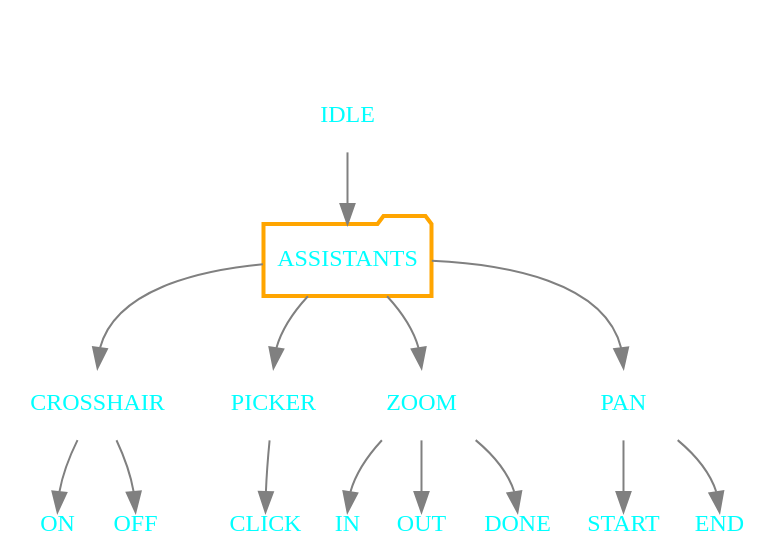
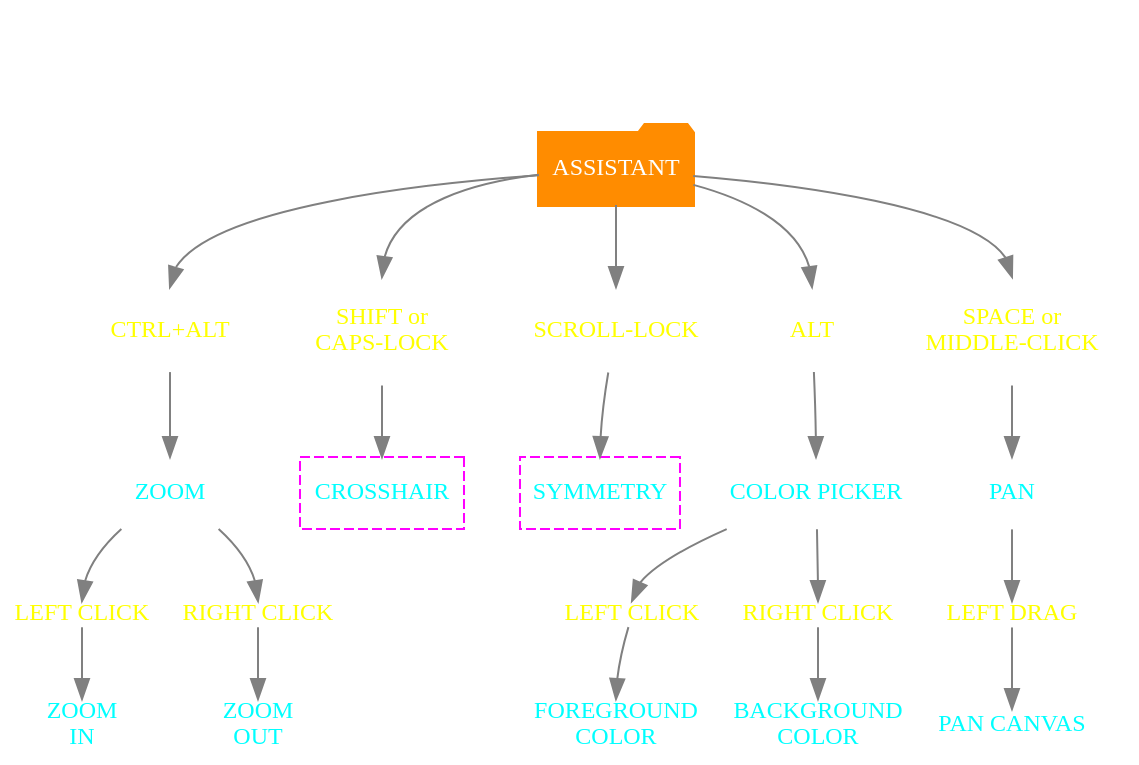
Before and after one commit to grymmjack/DRAW: the diagram in PLANS/ASSISTANTS-STATES.DOT, drawn with Graphviz. The commit also changed 1 other file, not shown here.

```diff
--- a/PLANS/ASSISTANTS-STATES.DOT
+++ b/PLANS/ASSISTANTS-STATES.DOT
@@ -1,30 +1,34 @@
-digraph G {
-    label="DRAW UI ASSISTANTS STATES" labelloc=t labeljust=c
+strict digraph G {
+    label=" \n DRAW UI ASSISTANT STATES \n " labelloc=t labeljust=c
     fontcolor=white fontsize=24.0 fontname="Fira Code Retina"
     splines=true
     bgcolor=transparent
+
+
 	edge [
 		color=gray arrowhead=none arrowtail=none
         headport=n
 
 	];
   	node [
   		color=white shape=rect
   		fontname="Fira Code Retina", fontsize=12.0, fontcolor=cyan
   	]; 
 
-    { node [shape=rect]; IDLE }
-    { node [shape=folder color=orange penwidth=2]; ASSISTANTS }
+    { node [shape=folder color=darkorange penwidth=2 fontcolor=white style=filled]; ASSISTANT }
 
     { edge [arrowhead=normal]; node [shape=rect];
-        IDLE -> ASSISTANTS;
-        ASSISTANTS -> CROSSHAIR, PICKER, ZOOM, PAN
+        ASSISTANT -> { node [shape=rect fontcolor=yellow margin=0.2 style=rounded]; "CTRL+ALT" } -> ZOOM
+        ASSISTANT -> { node [shape=box3d fontcolor=yellow margin=0.2]; "SHIFT or\nCAPS-LOCK" } -> { node [shape=rect color=magenta style=dashed]; CROSSHAIR }
+        ASSISTANT -> { node [shape=box3d fontcolor=yellow margin=0.2]; "SCROLL-LOCK" } -> { node [shape=rect color=magenta style=dashed]; SYMMETRY }
+        ASSISTANT -> { node [shape=rect fontcolor=yellow margin=0.2 style=rounded]; ALT } -> "COLOR PICKER"
+        ASSISTANT -> { node [shape=rect fontcolor=yellow margin=0.2 style=rounded]; "SPACE or\nMIDDLE-CLICK" } -> PAN
         { node [shape=plain]; 
-            CROSSHAIR -> ON, OFF
-            PICKER -> CLICK
-            ZOOM -> IN, OUT, DONE
-            PAN -> START, END
-        }
-
+            "COLOR PICKER" -> { node [fontcolor=yellow]; "LEFT CLICK" } -> "FOREGROUND\nCOLOR"
+            "COLOR PICKER" -> { node [fontcolor=yellow]; "RIGHT CLICK" } -> "BACKGROUND\nCOLOR"
+            ZOOM -> { node [fontcolor=yellow]; "LEFT CLICK " } -> "ZOOM\nIN"
+            ZOOM -> { node [fontcolor=yellow]; "RIGHT CLICK " } -> "ZOOM\nOUT"
+            PAN -> { node [fontcolor=yellow]; "LEFT DRAG" } -> "PAN CANVAS"
+          }
     }
 }
```
